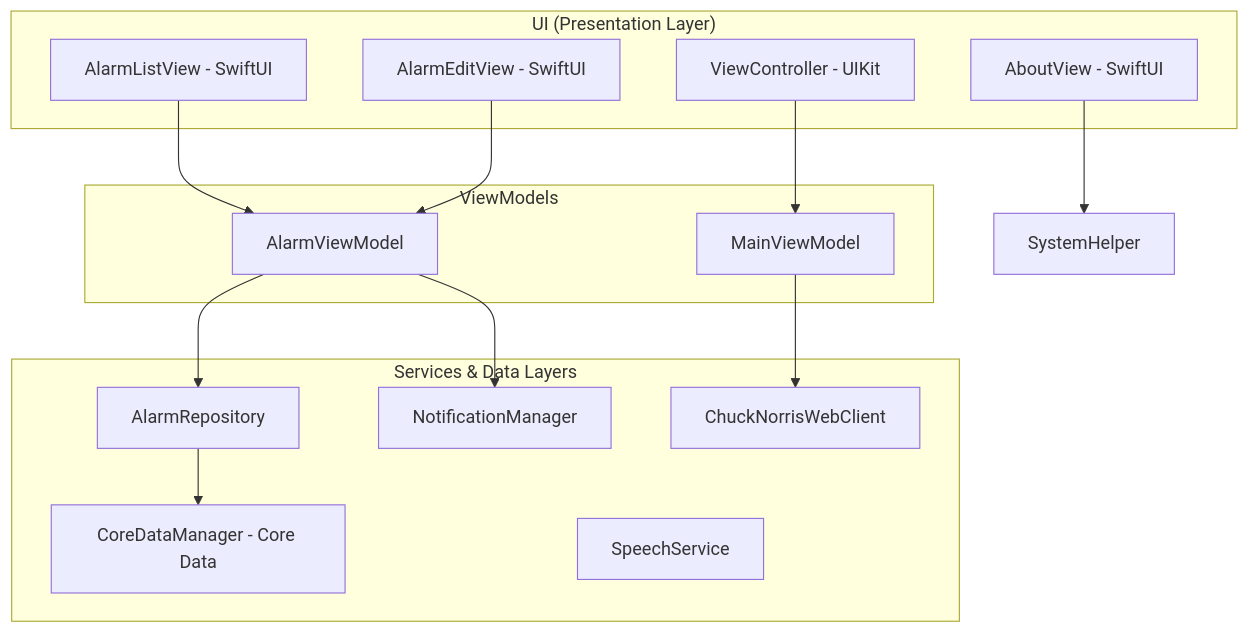
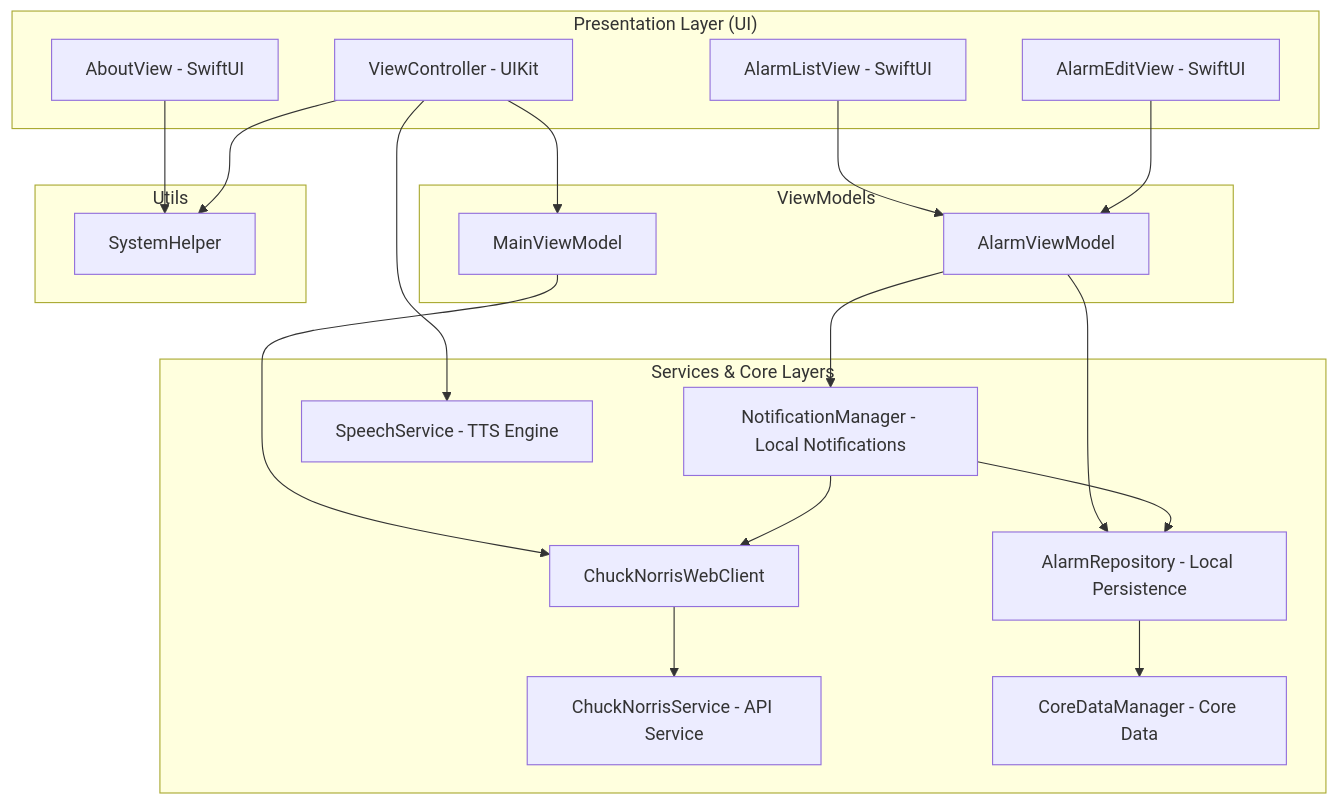
The diagram in README.md (MatheusHenAlmeida/ChuckNorrisApp), drawn with Mermaid before and after one commit. The commit also changed other lines of this file and 4 other files, not shown here.

````diff
--- a/README.md
+++ b/README.md
@@ -25,32 +25,46 @@
 ```mermaid
 graph TD
-    subgraph UI ["UI (Presentation Layer)"]
+    subgraph UI ["Presentation Layer (UI)"]
         VC[ViewController - UIKit]
         ALV[AlarmListView - SwiftUI]
         AEV[AlarmEditView - SwiftUI]
         AV[AboutView - SwiftUI]
     end
     
     subgraph ViewModels ["ViewModels"]
         MVM[MainViewModel]
         AVM[AlarmViewModel]
     end
     
-    subgraph Services ["Services & Data Layers"]
+    subgraph Services ["Services & Core Layers"]
+        CS[ChuckNorrisService - API Service]
+        WC[ChuckNorrisWebClient]
+        NM[NotificationManager - Local Notifications]
+        AR[AlarmRepository - Local Persistence]
         CD[CoreDataManager - Core Data]
-        AR[AlarmRepository]
-        NM[NotificationManager]
-        SS[SpeechService]
-        WC[ChuckNorrisWebClient]
+        SS[SpeechService - TTS Engine]
+    end
+    
+    subgraph Utils ["Utils"]
+        SH[SystemHelper]
     end
 
+    %% UI to ViewModel / Helper relations
     VC --> MVM
+    VC --> SS
     ALV --> AVM
     AEV --> AVM
-    AV --> SystemHelper
+    AV --> SH
+    VC --> SH
     
+    %% ViewModel relations
     MVM --> WC
     AVM --> AR
     AVM --> NM
+    
+    %% Service & Data relations
+    WC --> CS
+    NM --> WC
+    NM --> AR
     AR --> CD
 ```
````
